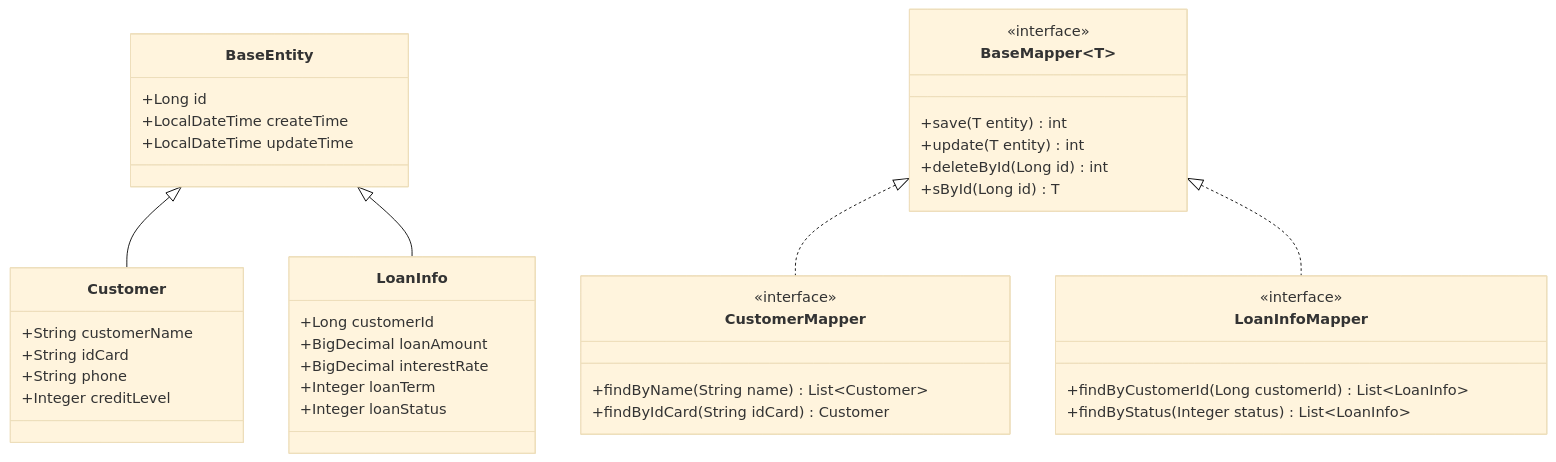
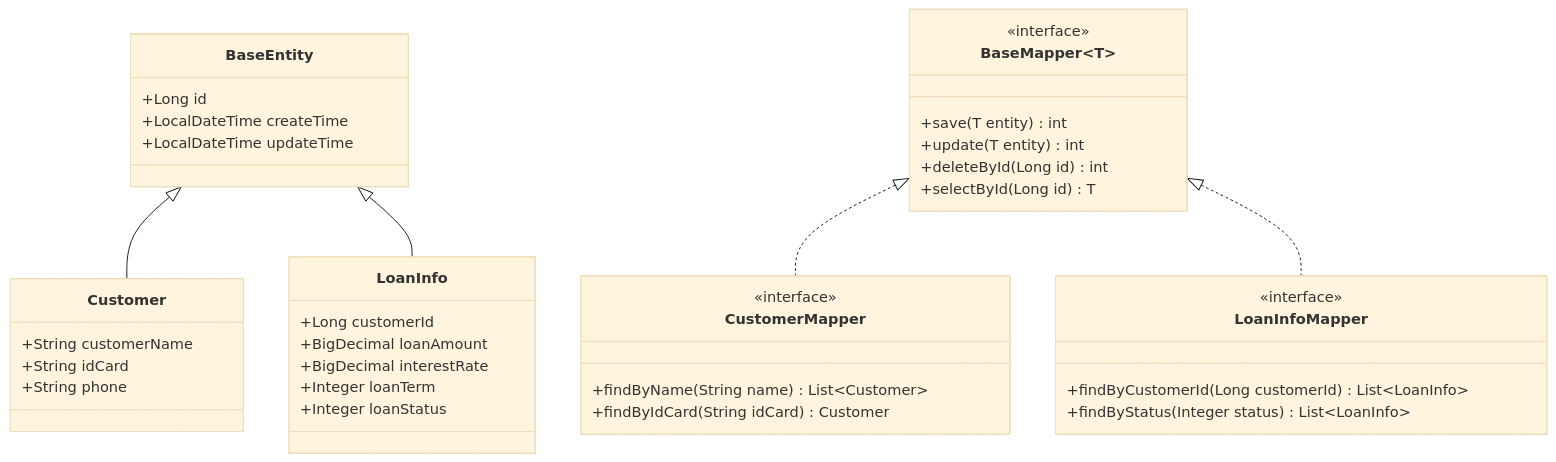
Before and after one commit to skyopk/iodraw-files: the diagram in all/未命名.md, drawn with Mermaid (base theme).

Commit message:
2025-03-25 08:50:26 update

````diff
--- a/all/未命名.md
+++ b/all/未命名.md
@@ -1,48 +1,47 @@
 ```mermaid
 classDiagram
     class BaseEntity {
         +Long id
         +LocalDateTime  createTime
         +LocalDateTime  updateTime
     }
     
     class BaseMapper~T~ {
         <<interface>>
         +save(T entity) int
         +update(T entity) int
         +deleteById(Long id) int
-        +sById(Long id) T
+        +selectById(Long id) T
     }
     
     class Customer {
         +String customerName
         +String idCard
         +String phone
-        +Integer creditLevel
     }
     
     class LoanInfo {
         +Long customerId
         +BigDecimal loanAmount
         +BigDecimal interestRate
         +Integer loanTerm
         +Integer loanStatus
     }
     
     class CustomerMapper {
         <<interface>>
         +findByName(String name) List~Customer~
         +findByIdCard(String idCard) Customer
     }
     
     class LoanInfoMapper {
         <<interface>>
         +findByCustomerId(Long customerId) List~LoanInfo~
         +findByStatus(Integer status) List~LoanInfo~
     }
     
     BaseEntity <|-- Customer
     BaseEntity <|-- LoanInfo
     BaseMapper~BaseEntity~ <|.. CustomerMapper
     BaseMapper~BaseEntity~ <|.. LoanInfoMapper
 ```
````
